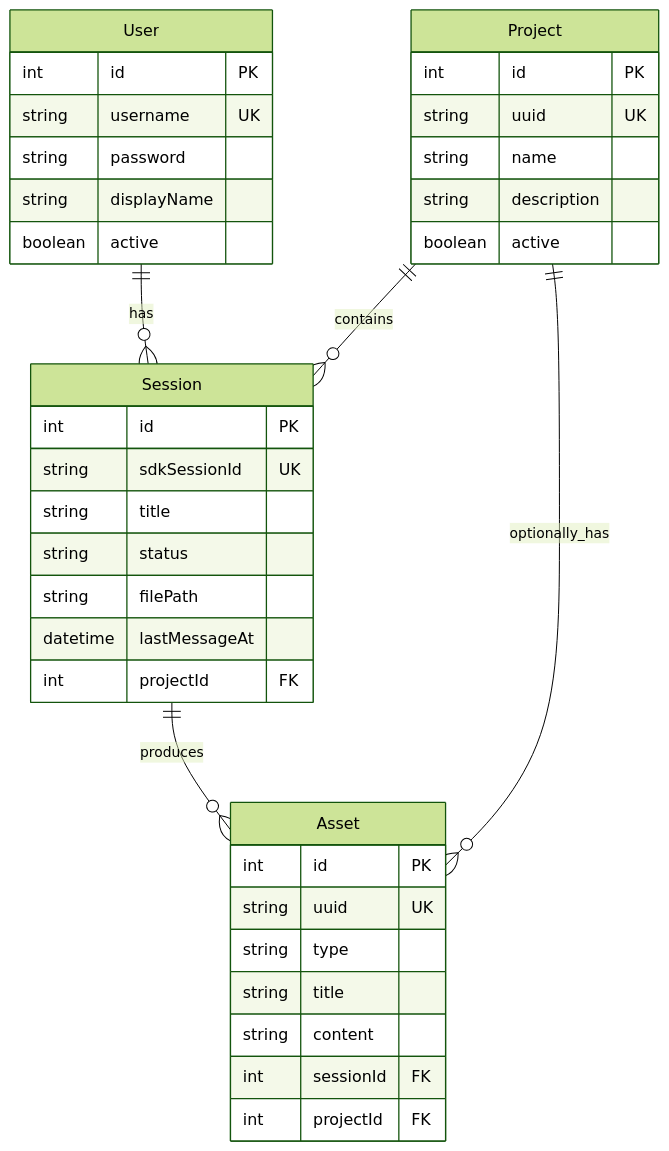
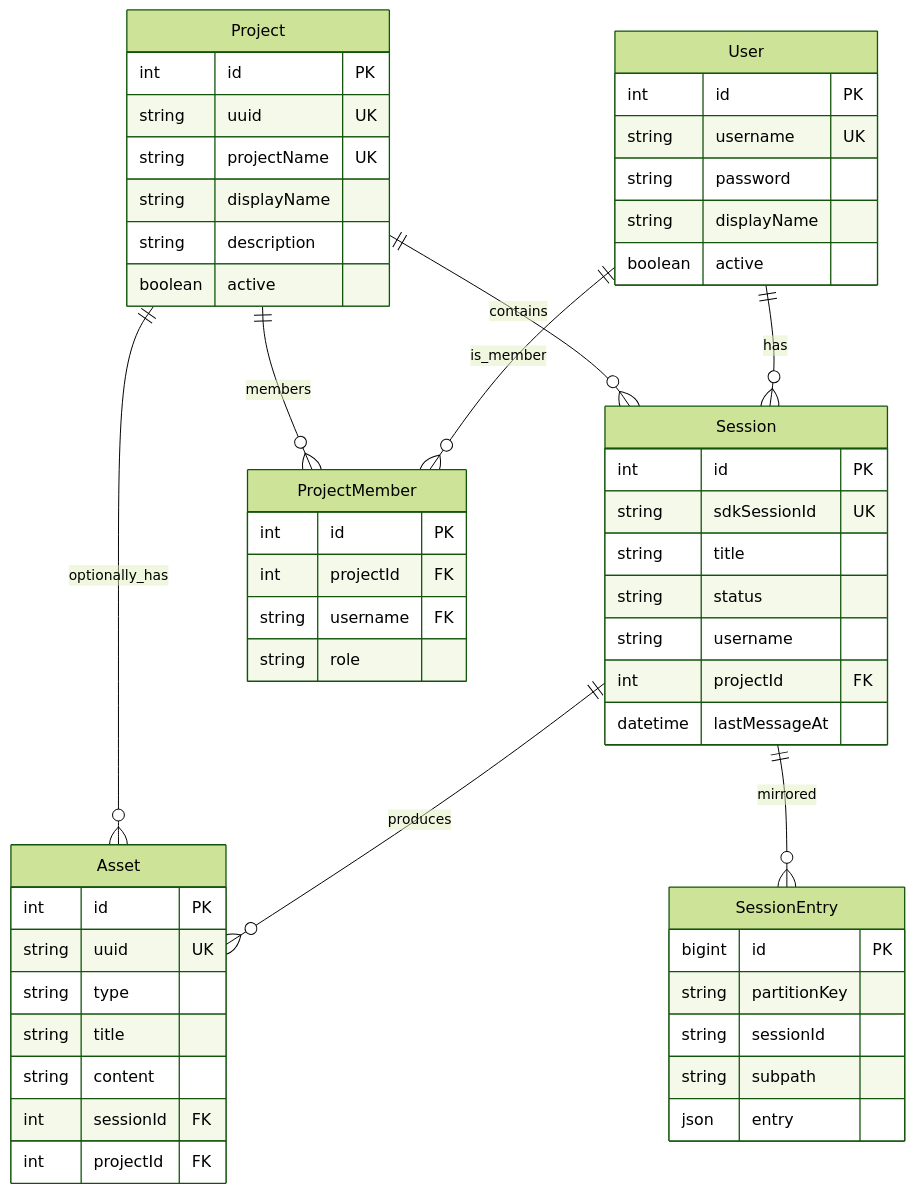
The fourth of 4 diagrams in docs/2-architecture/overview.md (billkang/oceanus), drawn with Mermaid (forest theme) before and after one commit. The commit also changed other lines of this file and 76 other files, not shown here.

````diff
--- a/docs/2-architecture/overview.md
+++ b/docs/2-architecture/overview.md
@@ -200,40 +199,57 @@
 ```mermaid
 erDiagram
     User ||--o{ Session : has
+    User ||--o{ ProjectMember : is_member
     Project ||--o{ Session : contains
+    Project ||--o{ ProjectMember : members
     Session ||--o{ Asset : produces
     Project ||--o{ Asset : optionally_has
+    Session ||--o{ SessionEntry : mirrored
 
     User {
         int id PK
         string username UK
         string password
         string displayName
         boolean active
     }
     Project {
         int id PK
         string uuid UK
-        string name
+        string projectName UK
+        string displayName
         string description
         boolean active
+    }
+    ProjectMember {
+        int id PK
+        int projectId FK
+        string username FK
+        string role
     }
     Session {
         int id PK
         string sdkSessionId UK
         string title
         string status
-        string filePath
+        string username
+        int projectId FK
         datetime lastMessageAt
-        int projectId FK
+    }
+    SessionEntry {
+        bigint id PK
+        string partitionKey
+        string sessionId
+        string subpath
+        json entry
     }
     Asset {
         int id PK
         string uuid UK
         string type
         string title
         string content
         int sessionId FK
         int projectId FK
     }
 ```
````
